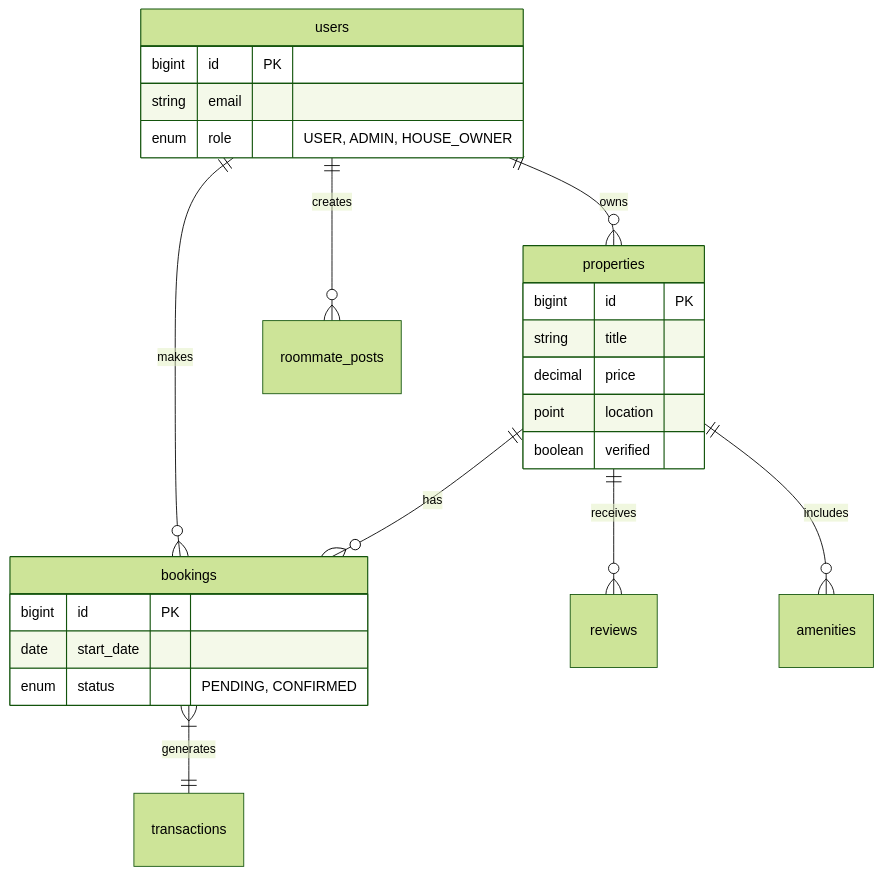
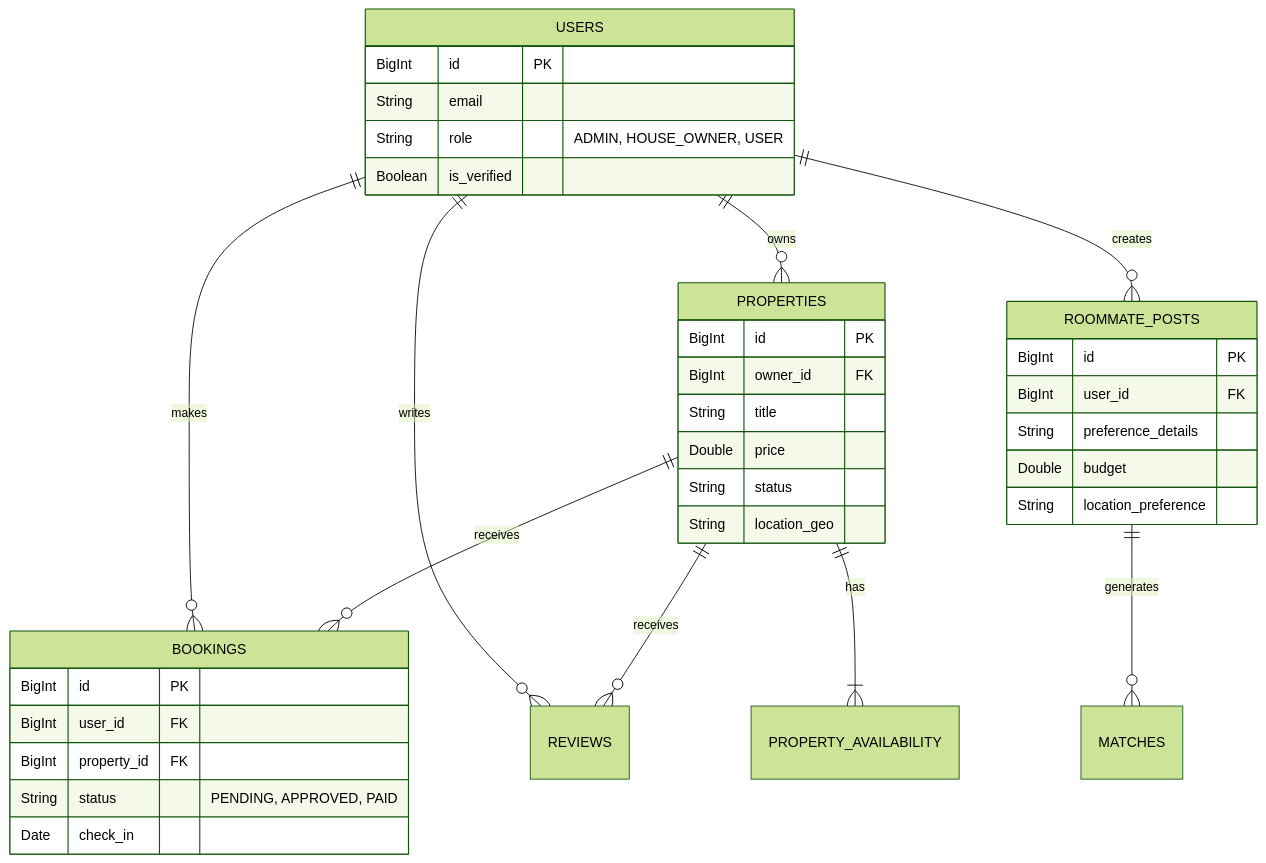
The fourth of 5 diagrams in README.md (majharulislam23/StayMate), drawn with Mermaid (forest theme) before and after one commit. The commit also changed other lines of this file, not shown here.

Commit message:
Added: better readme with full details

````diff
--- a/README.md
+++ b/README.md
@@ -63,30 +203,45 @@
 ```mermaid
 erDiagram
-    users ||--o{ properties : owns
-    users ||--o{ bookings : makes
-    users ||--o{ roommate_posts : creates
-    properties ||--o{ bookings : has
-    properties ||--o{ reviews : receives
-    properties ||--o{ amenities : includes
-    bookings }|--|| transactions : generates
+    USERS ||--o{ PROPERTIES : owns
+    USERS ||--o{ BOOKINGS : makes
+    USERS ||--o{ REVIEWS : writes
+    USERS ||--o{ ROOMMATE_POSTS : creates
 
-    users {
-        bigint id PK
-        string email
-        enum role "USER, ADMIN, HOUSE_OWNER"
+    PROPERTIES ||--o{ BOOKINGS : receives
+    PROPERTIES ||--o{ REVIEWS : receives
+    PROPERTIES ||--|{ PROPERTY_AVAILABILITY : has
+
+    ROOMMATE_POSTS ||--o{ MATCHES : generates
+
+    USERS {
+        BigInt id PK
+        String email
+        String role "ADMIN, HOUSE_OWNER, USER"
+        Boolean is_verified
     }
 
-    properties {
-        bigint id PK
-        string title
-        decimal price
-        point location
-        boolean verified
+    PROPERTIES {
+        BigInt id PK
+        BigInt owner_id FK
+        String title
+        Double price
+        String status
+        String location_geo
     }
 
-    bookings {
-        bigint id PK
-        date start_date
-        enum status "PENDING, CONFIRMED"
+    BOOKINGS {
+        BigInt id PK
+        BigInt user_id FK
+        BigInt property_id FK
+        String status "PENDING, APPROVED, PAID"
+        Date check_in
+    }
+
+    ROOMMATE_POSTS {
+        BigInt id PK
+        BigInt user_id FK
+        String preference_details
+        Double budget
+        String location_preference
     }
 ```
````
